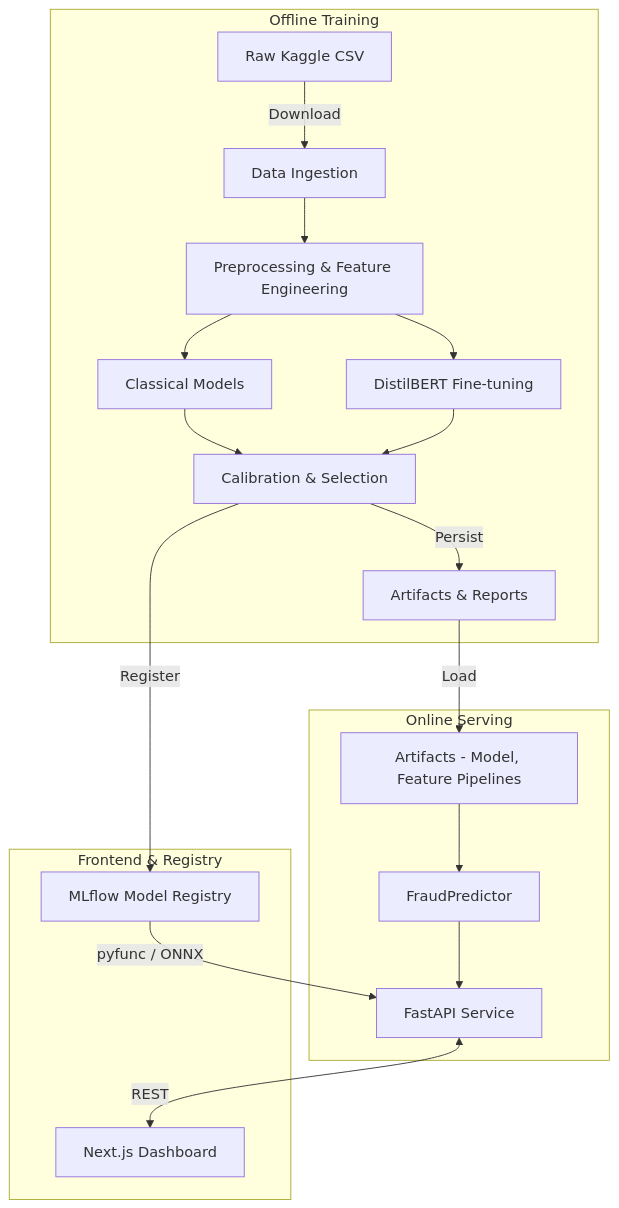
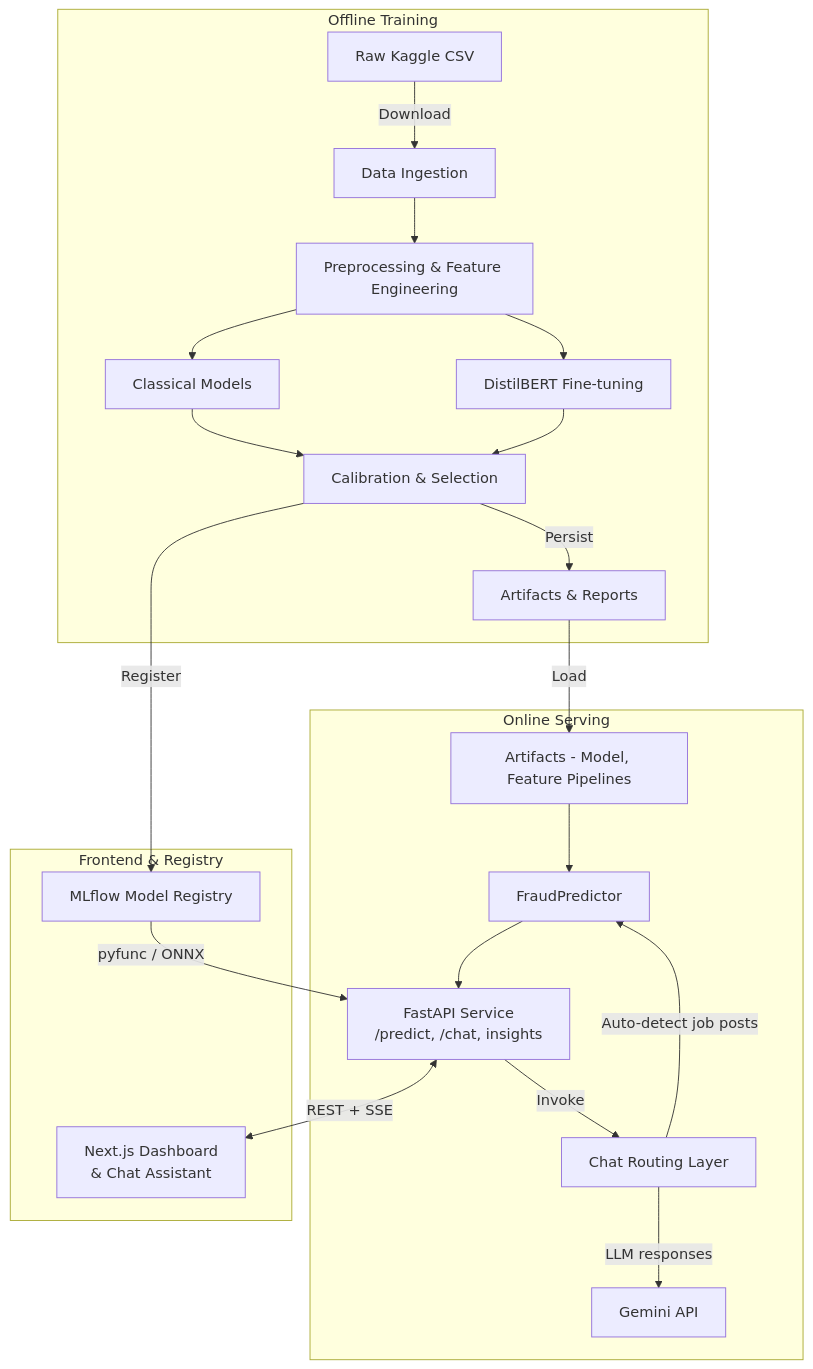
One commit to hoangsonww/Spot-the-Scam-AI-Job-Fraud changed the first of 6 diagrams in ARCHITECTURE.md. Above: the diagram before and after it, drawn with Mermaid. The commit also changed other lines of this file and 62 other files, not shown here.

````diff
--- a/ARCHITECTURE.md
+++ b/ARCHITECTURE.md
@@ -9,28 +9,33 @@
 ```mermaid
 flowchart TD
     subgraph Offline Training
         A1[Raw Kaggle CSV] -->|Download| A2[Data Ingestion]
         A2 --> A3[Preprocessing & Feature Engineering]
         A3 --> A4[Classical Models]
         A3 --> A5[DistilBERT Fine-tuning]
         A4 --> A6[Calibration & Selection]
         A5 --> A6
         A6 -->|Persist| A7[Artifacts & Reports]
     end
 
     subgraph Online Serving
-        B1[FastAPI Service]
+        B1[FastAPI Service\n /predict, /chat, insights]
         B2[FraudPredictor]
         B3[Artifacts - Model, Feature Pipelines]
+        B4[Gemini API]
+        B5[Chat Routing Layer]
     end
     A7 -->|Load| B3
     B3 --> B2 --> B1
+    B1 -->|Invoke| B5
+    B5 -->|Auto-detect job posts| B2
+    B5 -->|LLM responses| B4
 
     subgraph Frontend & Registry
-        C1[Next.js Dashboard]
+        C1[Next.js Dashboard\n& Chat Assistant]
         C2[MLflow Model Registry]
     end
-    B1 <-->|REST| C1
+    B1 <-->|REST + SSE| C1
     A6 -->|Register| C2
     C2 -->|pyfunc / ONNX| B1
 ```
````
